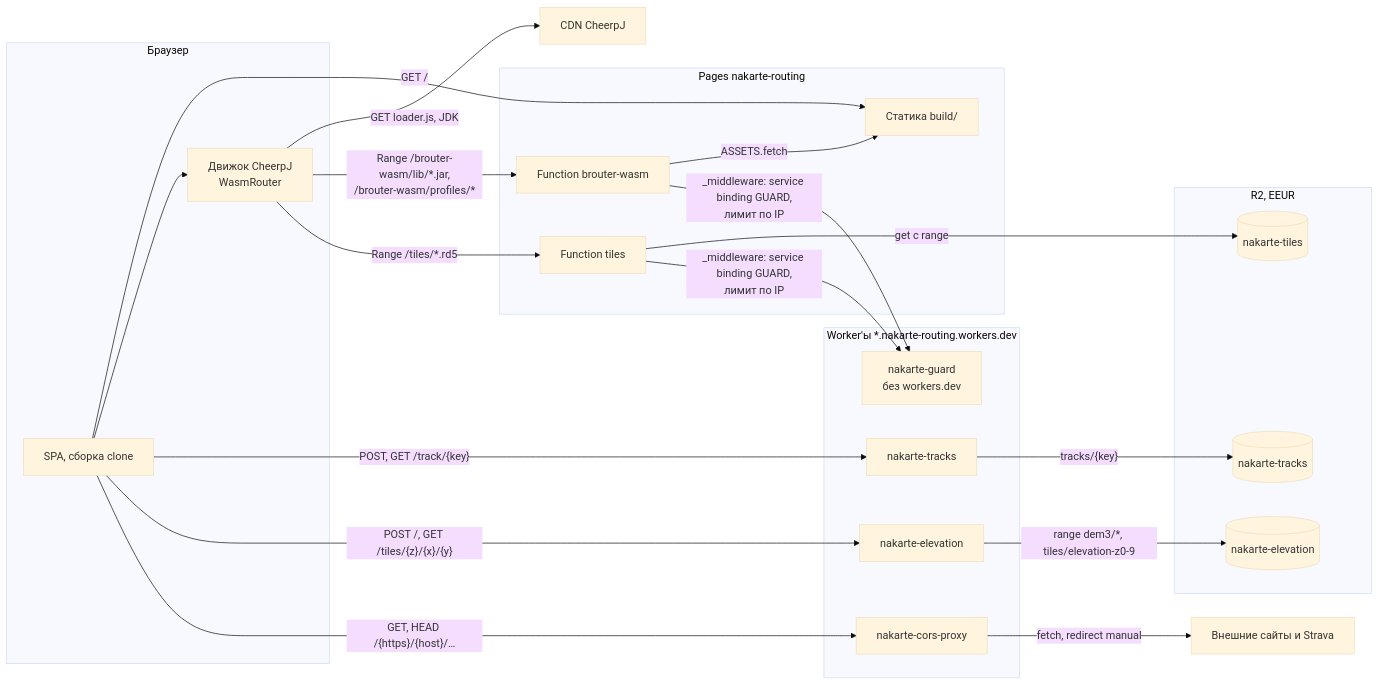
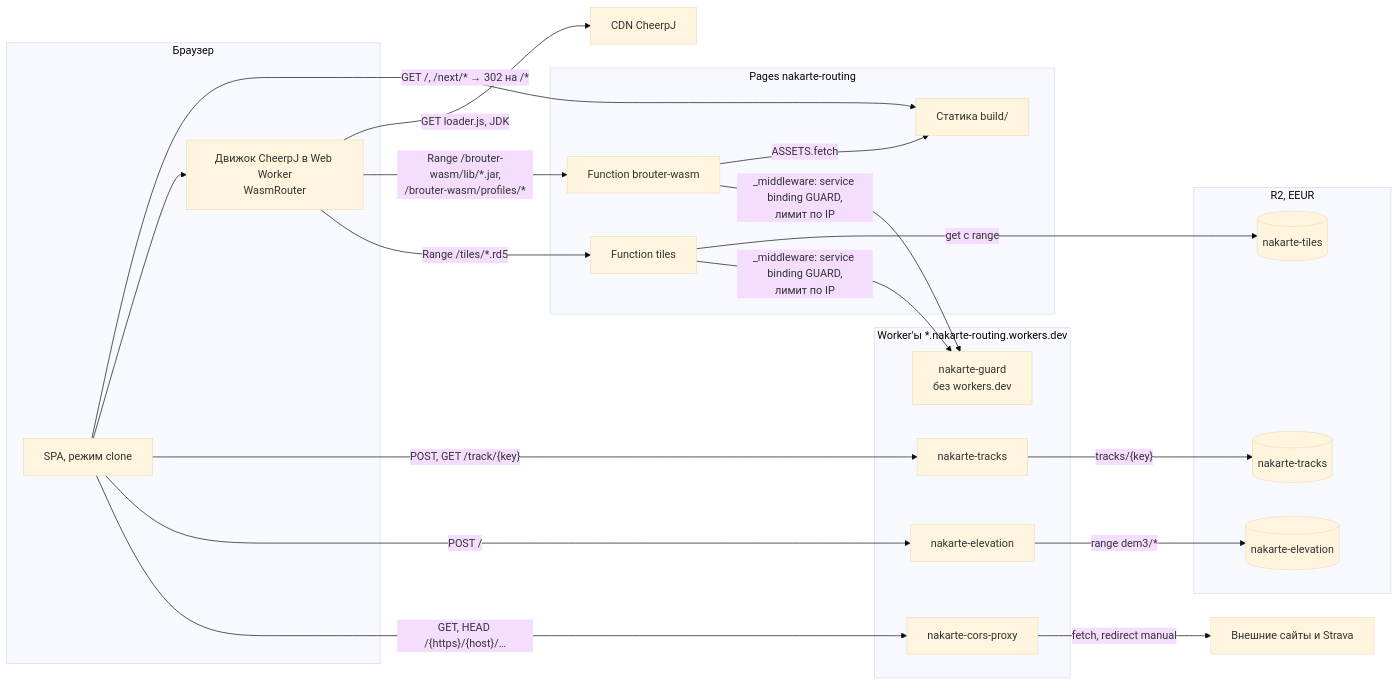
One commit to sergeycw/nakarte changed the second of 3 diagrams in docs/architecture/README.md. Above: the diagram before and after it, drawn with Mermaid (base theme). The commit also changed other lines of this file and 17 other files, not shown here.

````diff
--- a/docs/architecture/README.md
+++ b/docs/architecture/README.md
@@ -85,44 +85,44 @@
 ```mermaid
 flowchart LR
     subgraph browser["Браузер"]
-        spa["SPA, сборка clone"]
-        engine["Движок CheerpJ<br/>WasmRouter"]
+        spa["SPA, режим clone"]
+        engine["Движок CheerpJ в Web Worker<br/>WasmRouter"]
     end
 
     subgraph pages["Pages nakarte-routing"]
         static["Статика build/"]
         fwasm["Function brouter-wasm"]
         ftiles["Function tiles"]
     end
 
     subgraph workers["Worker'ы *.nakarte-routing.workers.dev"]
         proxy["nakarte-cors-proxy"]
         tracks["nakarte-tracks"]
         elev["nakarte-elevation"]
         guard["nakarte-guard<br/>без workers.dev"]
     end
 
     subgraph r2["R2, EEUR"]
         r2tiles[("nakarte-tiles")]
         r2tracks[("nakarte-tracks")]
         r2elev[("nakarte-elevation")]
     end
 
     cdn["CDN CheerpJ"]
     ext["Внешние сайты и Strava"]
 
-    spa -->|"GET /"| static
+    spa -->|"GET /, /next/* → 302 на /*"| static
     spa --> engine
     engine -->|"GET loader.js, JDK"| cdn
     engine -->|"Range /brouter-wasm/lib/*.jar,<br/>/brouter-wasm/profiles/*"| fwasm
     fwasm -->|"ASSETS.fetch"| static
     engine -->|"Range /tiles/*.rd5"| ftiles
     ftiles -->|"get с range"| r2tiles
     fwasm & ftiles -->|"_middleware: service binding GUARD,<br/>лимит по IP"| guard
     spa -->|"POST, GET /track/{key}"| tracks
     tracks -->|"tracks/{key}"| r2tracks
-    spa -->|"POST /, GET /tiles/{z}/{x}/{y}"| elev
-    elev -->|"range dem3/*, tiles/elevation-z0-9"| r2elev
+    spa -->|"POST /"| elev
+    elev -->|"range dem3/*"| r2elev
     spa -->|"GET, HEAD /{https}/{host}/…"| proxy
     proxy -->|"fetch, redirect manual"| ext
 ```
````
